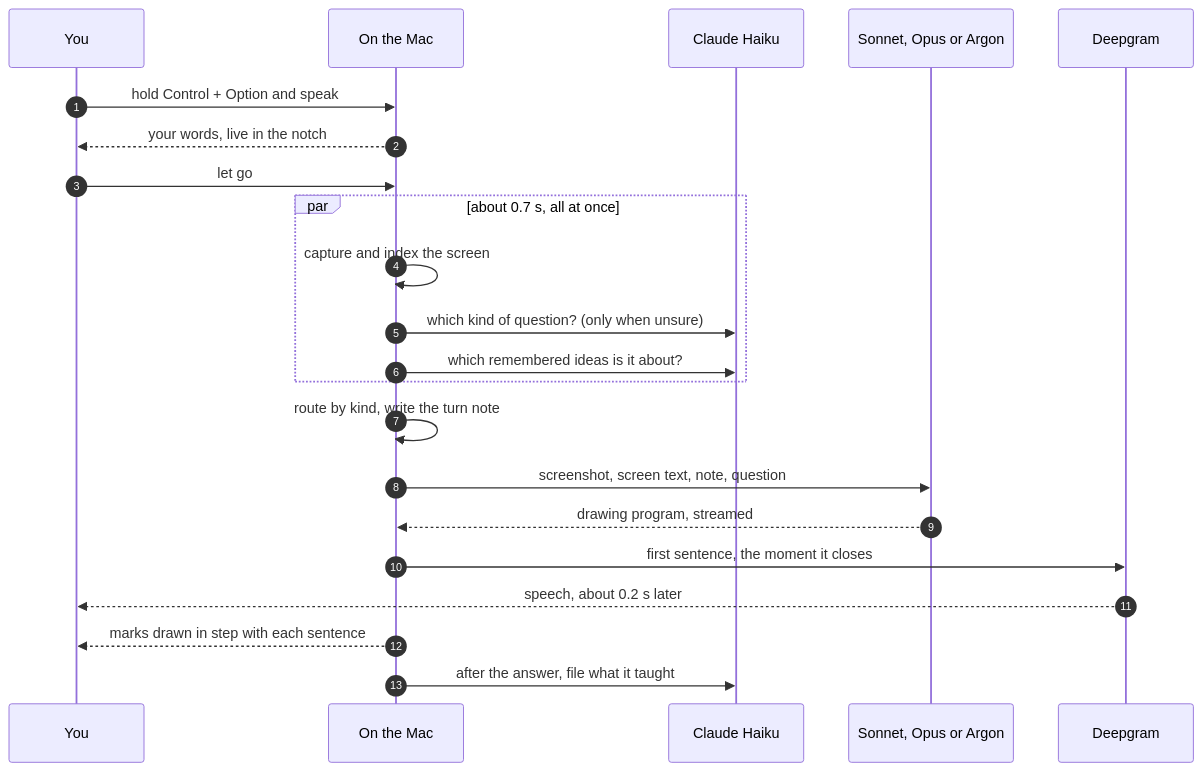
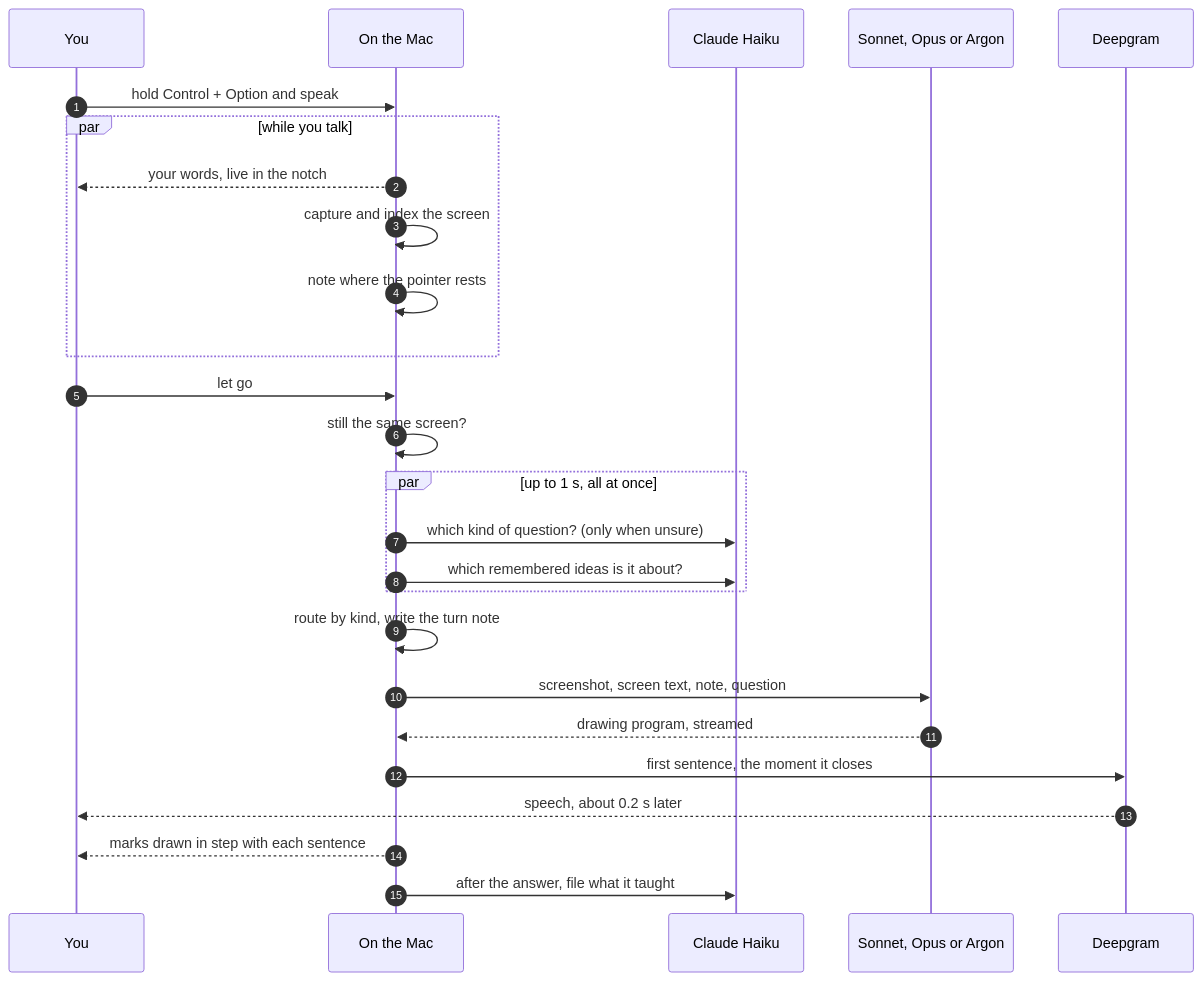
Before and after one commit to projects-hacks/buddy: the first of 5 diagrams in docs/how-it-works.md, drawn with Mermaid. The commit also changed other lines of this file and 5 other files, not shown here.

````diff
--- a/docs/how-it-works.md
+++ b/docs/how-it-works.md
@@ -7,25 +7,29 @@
 ```mermaid
 sequenceDiagram
     autonumber
     participant You
     participant Mac as On the Mac
     participant Haiku as Claude Haiku
     participant Brain as Sonnet, Opus or Argon
     participant Voice as Deepgram
 
     You->>Mac: hold Control + Option and speak
-    Mac-->>You: your words, live in the notch
+    par while you talk
+        Mac-->>You: your words, live in the notch
+        Mac->>Mac: capture and index the screen
+        Mac->>Mac: note where the pointer rests
+    end
     You->>Mac: let go
-    par about 0.7 s, all at once
-        Mac->>Mac: capture and index the screen
+    Mac->>Mac: still the same screen?
+    par up to 1 s, all at once
         Mac->>Haiku: which kind of question? (only when unsure)
         Mac->>Haiku: which remembered ideas is it about?
     end
     Mac->>Mac: route by kind, write the turn note
     Mac->>Brain: screenshot, screen text, note, question
     Brain-->>Mac: drawing program, streamed
     Mac->>Voice: first sentence, the moment it closes
     Voice-->>You: speech, about 0.2 s later
     Mac-->>You: marks drawn in step with each sentence
     Mac->>Haiku: after the answer, file what it taught
 ```
````
